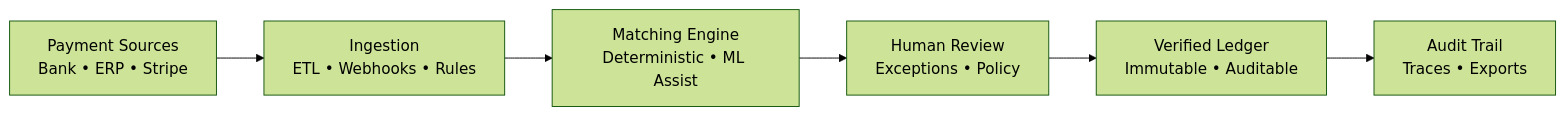
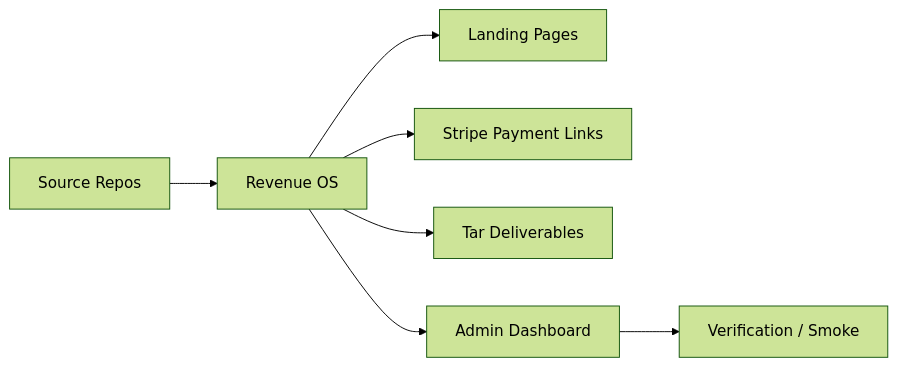
The first of 3 diagrams in README.md (Hardonian/Hardonian), drawn with Mermaid (forest theme) before and after one commit. The commit also changed other lines of this file, not shown here.

````diff
--- a/README.md
+++ b/README.md
@@ -107,15 +118,9 @@
 ```mermaid
 flowchart LR
-    Sources["Payment Sources<br/>Bank • ERP • Stripe"]
-    Ingest["Ingestion<br/>ETL • Webhooks • Rules"]
-    Match["Matching Engine<br/>Deterministic • ML Assist"]
-    Review["Human Review<br/>Exceptions • Policy"]
-    Ledger["Verified Ledger<br/>Immutable • Auditable"]
-    Audit["Audit Trail<br/>Traces • Exports"]
-
-    Sources --> Ingest
-    Ingest --> Match
-    Match --> Review
-    Review --> Ledger
-    Ledger --> Audit
+    Repo["Source Repos"] --> RevenueOS["Revenue OS"]
+    RevenueOS --> Landing["Landing Pages"]
+    RevenueOS --> Checkout["Stripe Payment Links"]
+    RevenueOS --> Deliverables["Tar Deliverables"]
+    RevenueOS --> Dashboard["Admin Dashboard"]
+    Dashboard --> Smoke["Verification / Smoke"]
 ```
````
